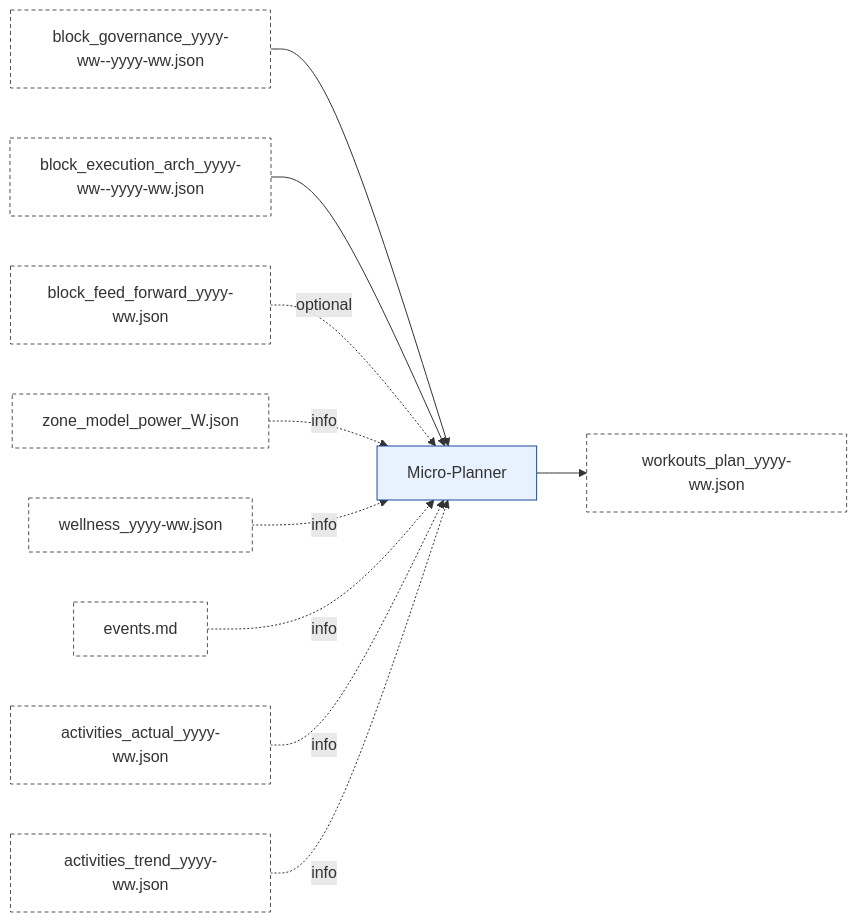
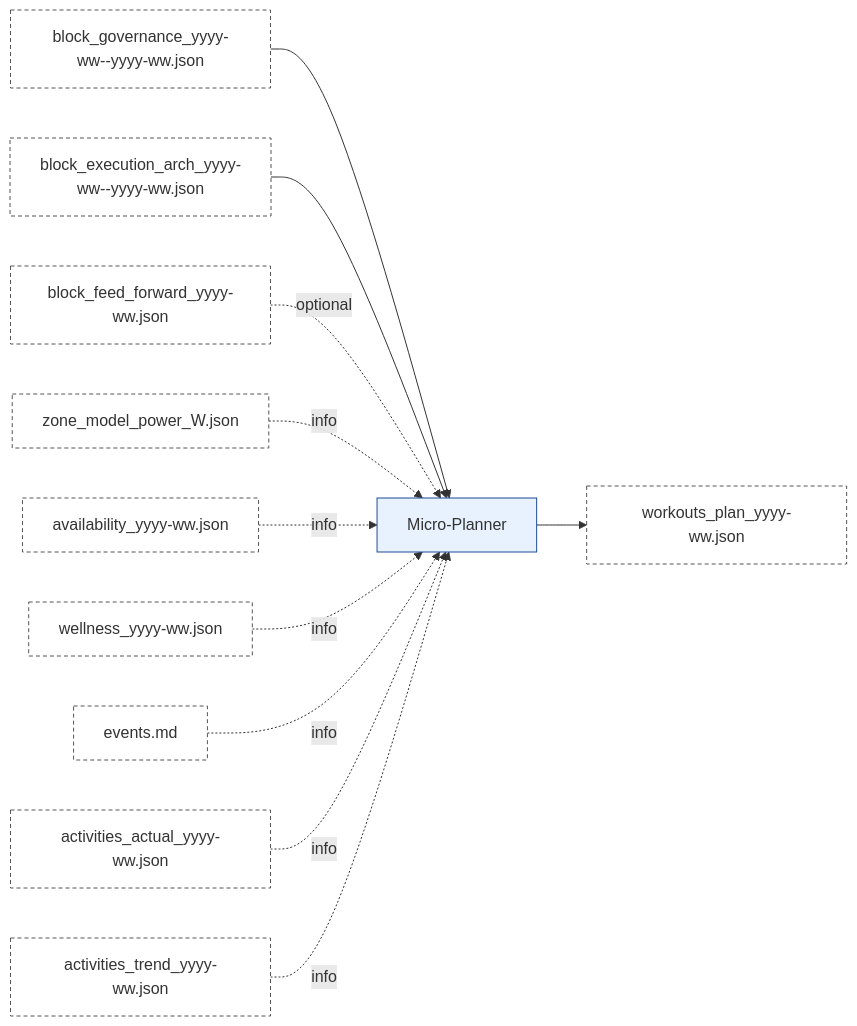
Before and after one commit to albauer-priv/RPS: the fifth of 8 diagrams in doc/artefact_flow_overview_and_detail.md, drawn with Mermaid. The commit also changed other lines of this file and 42 other files, not shown here.

Commit message:
Add availability artefact and update planning contracts

````diff
--- a/doc/artefact_flow_overview_and_detail.md
+++ b/doc/artefact_flow_overview_and_detail.md
@@ -245,16 +258,17 @@
 ```mermaid
 flowchart LR
   BG[block_governance_yyyy-ww--yyyy-ww.json]:::artefact --> MI[Micro-Planner]:::agent
   BEA[block_execution_arch_yyyy-ww--yyyy-ww.json]:::artefact --> MI
   BFF[block_feed_forward_yyyy-ww.json]:::artefact -. optional .-> MI
   ZM[zone_model_power_<FTP>W.json]:::artefact -. info .-> MI
+  AV[availability_yyyy-ww.json]:::artefact -. info .-> MI
   WL[wellness_yyyy-ww.json]:::artefact -. info .-> MI
   EV[events.md]:::artefact -. info .-> MI
   AA[activities_actual_yyyy-ww.json]:::artefact -. info .-> MI
   AT[activities_trend_yyyy-ww.json]:::artefact -. info .-> MI
 
   MI --> WP[workouts_plan_yyyy-ww.json]:::artefact
 
   classDef agent fill:#e8f2ff,stroke:#1f4b99,stroke-width:1px;
   classDef artefact fill:#ffffff,stroke:#555,stroke-dasharray: 4 3,stroke-width:1px;
 ```
````
